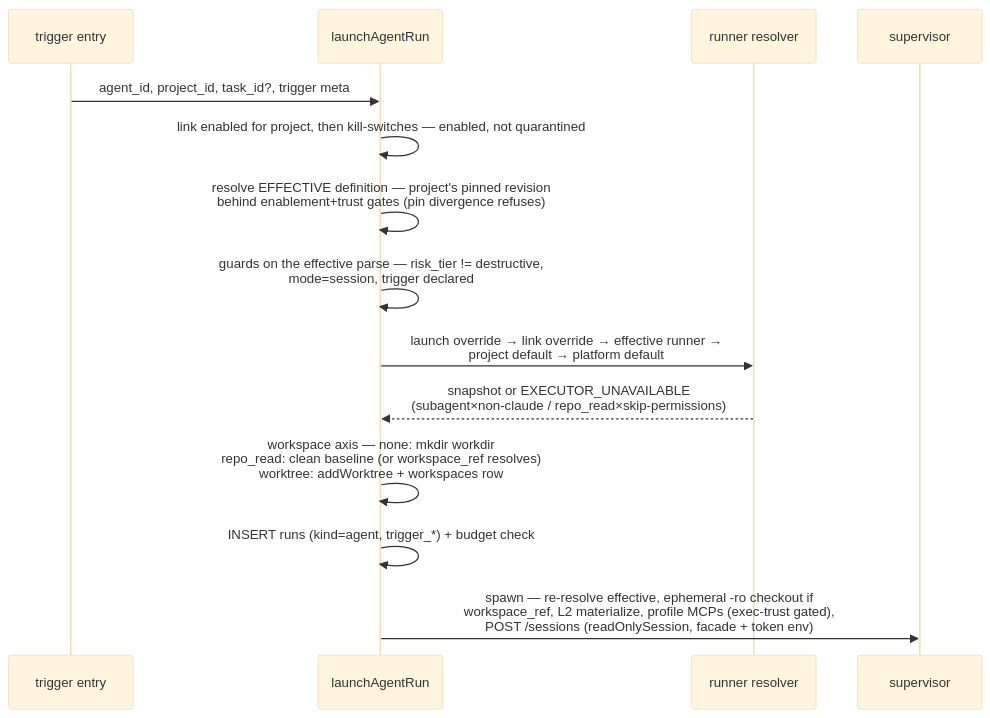
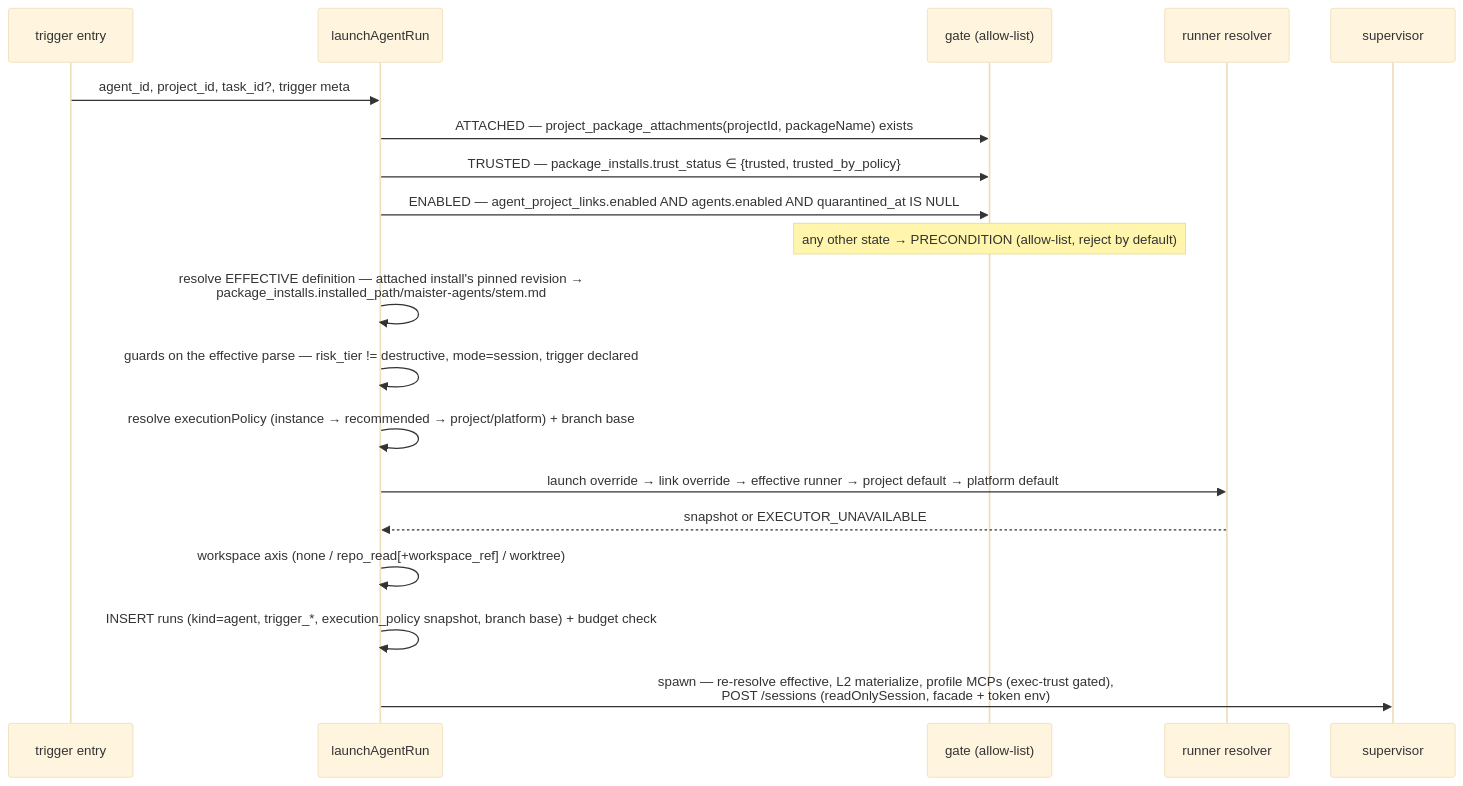
Before and after one commit to maister-dev/maister: the third of 9 diagrams in docs/system-analytics/agents.md, drawn with Mermaid (base theme). The commit also changed other lines of this file and 8 other files, not shown here.

````diff
--- a/docs/system-analytics/agents.md
+++ b/docs/system-analytics/agents.md
@@ -130,16 +155,21 @@
 ```mermaid
 sequenceDiagram
     participant E as trigger entry
     participant L as launchAgentRun
+    participant G as gate (allow-list)
     participant R as runner resolver
     participant S as supervisor
     E->>L: agent_id, project_id, task_id?, trigger meta
-    L->>L: link enabled for project, then kill-switches — enabled, not quarantined
-    L->>L: resolve EFFECTIVE definition — project's pinned revision<br/>behind enablement+trust gates (pin divergence refuses)
-    L->>L: guards on the effective parse — risk_tier != destructive,<br/>mode=session, trigger declared
-    L->>R: launch override → link override → effective runner →<br/>project default → platform default
-    R-->>L: snapshot or EXECUTOR_UNAVAILABLE<br/>(subagent×non-claude / repo_read×skip-permissions)
-    L->>L: workspace axis — none: mkdir workdir<br/>repo_read: clean baseline (or workspace_ref resolves)<br/>worktree: addWorktree + workspaces row
-    L->>L: INSERT runs (kind=agent, trigger_*) + budget check
-    L->>S: spawn — re-resolve effective, ephemeral -ro checkout if<br/>workspace_ref, L2 materialize, profile MCPs (exec-trust gated),<br/>POST /sessions (readOnlySession, facade + token env)
+    L->>G: ATTACHED — project_package_attachments(projectId, packageName) exists
+    L->>G: TRUSTED — package_installs.trust_status ∈ {trusted, trusted_by_policy}
+    L->>G: ENABLED — agent_project_links.enabled AND agents.enabled AND quarantined_at IS NULL
+    Note over G: any other state → PRECONDITION (allow-list, reject by default)
+    L->>L: resolve EFFECTIVE definition — attached install's pinned revision →<br/>package_installs.installed_path/maister-agents/stem.md
+    L->>L: guards on the effective parse — risk_tier != destructive, mode=session, trigger declared
+    L->>L: resolve executionPolicy (instance → recommended → project/platform) + branch base
+    L->>R: launch override → link override → effective runner → project default → platform default
+    R-->>L: snapshot or EXECUTOR_UNAVAILABLE
+    L->>L: workspace axis (none / repo_read[+workspace_ref] / worktree)
+    L->>L: INSERT runs (kind=agent, trigger_*, execution_policy snapshot, branch base) + budget check
+    L->>S: spawn — re-resolve effective, L2 materialize, profile MCPs (exec-trust gated),<br/>POST /sessions (readOnlySession, facade + token env)
 ```
````
